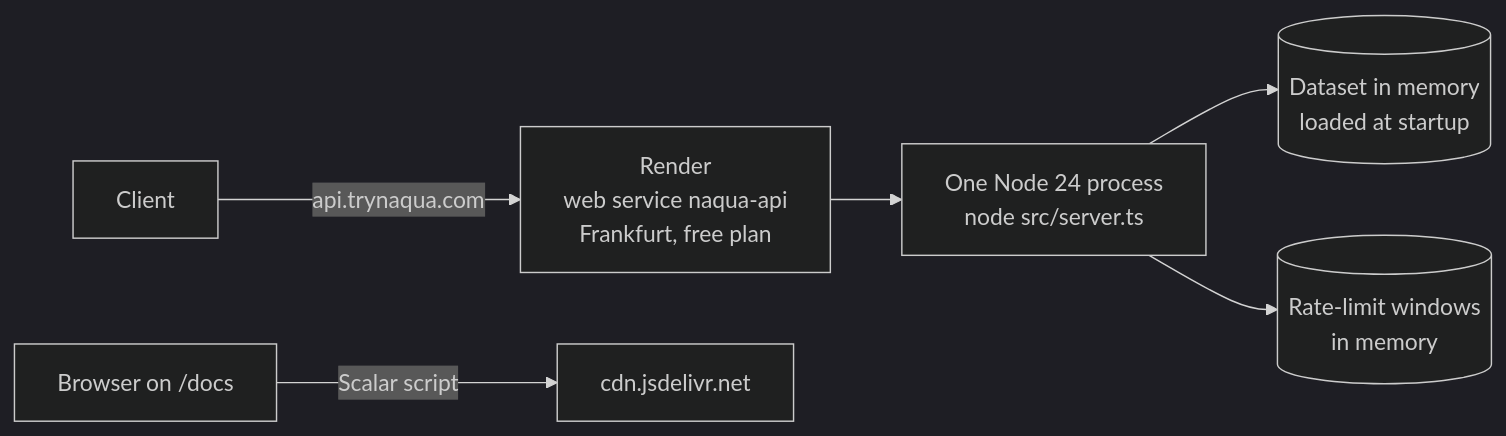
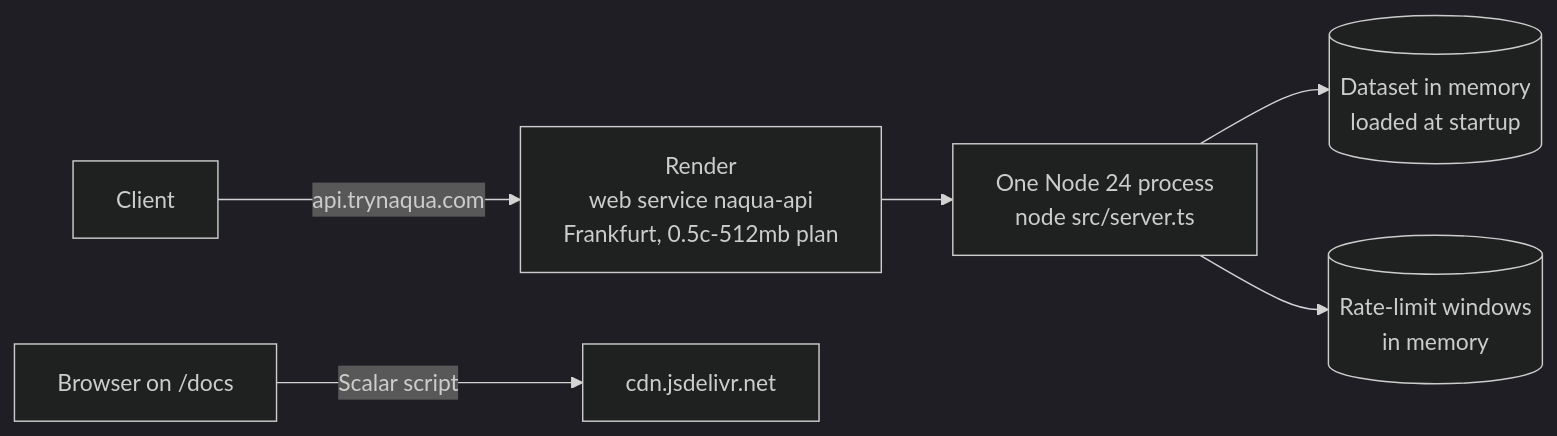
One commit to raaqimorg/naqua-api changed the second of 5 diagrams in docs/topology.md. Above: the diagram before and after it, drawn with Mermaid (dark theme). The commit also changed other lines of this file and 1 other file, not shown here.

Commit message:
Move the Render Blueprint to the 0.5c-512mb plan (#18)
The service now runs on the paid 0.5c-512mb instance in the dashboard, but
render.yaml still named the free plan, so a Blueprint sync could move it back.

The topology doc drops the free plan's cold-start note and records the memory
budget instead: the plan has 512 MB, the server peaks near 200 MB, and starting
it through `pnpm run start` ran out of memory because pnpm checks the
dependencies against its supply-chain policies before running a script.

````diff
--- a/docs/topology.md
+++ b/docs/topology.md
@@ -24,8 +24,8 @@
 ```mermaid
 flowchart LR
-    client["Client"] -->|"api.trynaqua.com"| render["Render<br/>web service naqua-api<br/>Frankfurt, free plan"]
+    client["Client"] -->|"api.trynaqua.com"| render["Render<br/>web service naqua-api<br/>Frankfurt, 0.5c-512mb plan"]
     render --> node["One Node 24 process<br/>node src/server.ts"]
     node --> memory[("Dataset in memory<br/>loaded at startup")]
     node --> limiter[("Rate-limit windows<br/>in memory")]
     browser["Browser on /docs"] -->|"Scalar script"| jsdelivr["cdn.jsdelivr.net"]
 ```
````
